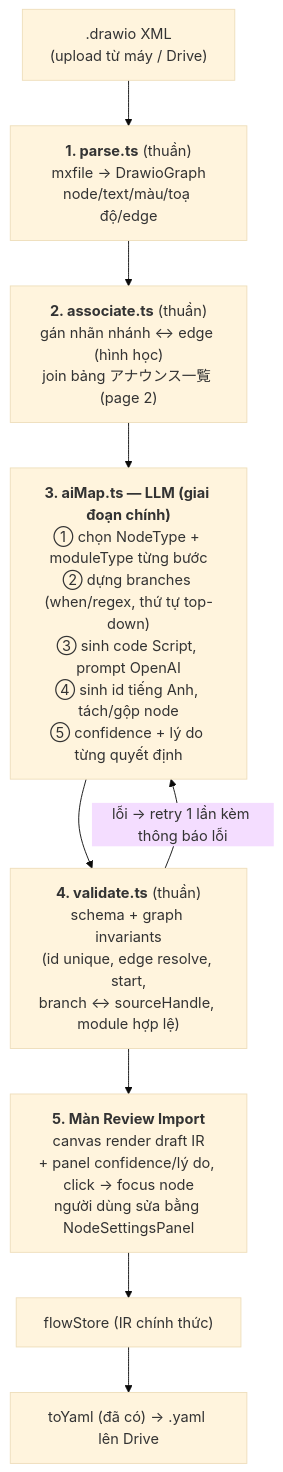
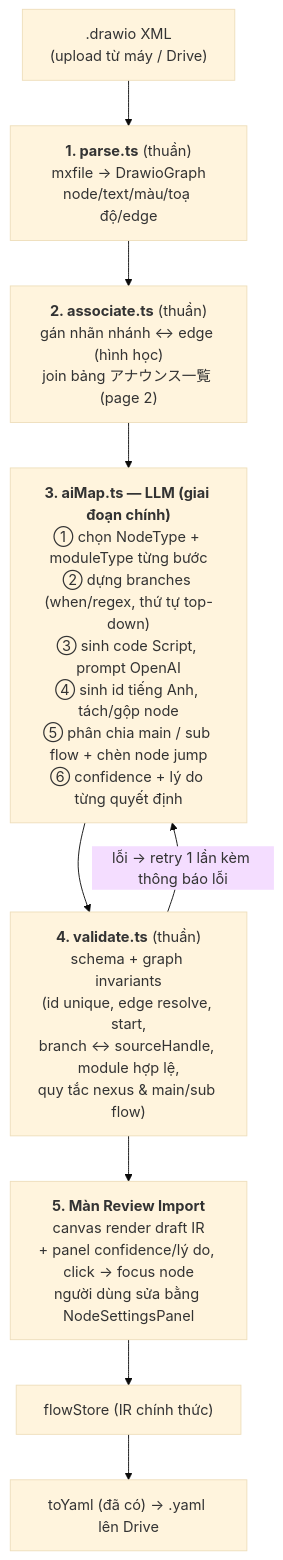
The diagram in docs/design-drawio-import.md (drjoy-toshi-tuan/scenario-flow-builder), drawn with Mermaid (base theme) before and after one commit. The commit also changed other lines of this file, not shown here.

First line of the commit message:
docs: quy tắc logic→nexus khi có branch + playbook phân chia main/sub flow

````diff
--- a/docs/design-drawio-import.md
+++ b/docs/design-drawio-import.md
@@ -72,11 +75,11 @@
 ```mermaid
 flowchart TD
     A[".drawio XML<br/>(upload từ máy / Drive)"] --> B["<b>1. parse.ts</b> (thuần)<br/>mxfile → DrawioGraph<br/>node/text/màu/toạ độ/edge"]
     B --> C["<b>2. associate.ts</b> (thuần)<br/>gán nhãn nhánh ↔ edge (hình học)<br/>join bảng アナウンス一覧 (page 2)"]
-    C --> D["<b>3. aiMap.ts — LLM (giai đoạn chính)</b><br/>① chọn NodeType + moduleType từng bước<br/>② dựng branches (when/regex, thứ tự top-down)<br/>③ sinh code Script, prompt OpenAI<br/>④ sinh id tiếng Anh, tách/gộp node<br/>⑤ confidence + lý do từng quyết định"]
-    D --> E["<b>4. validate.ts</b> (thuần)<br/>schema + graph invariants<br/>(id unique, edge resolve, start,<br/>branch ↔ sourceHandle, module hợp lệ)"]
+    C --> D["<b>3. aiMap.ts — LLM (giai đoạn chính)</b><br/>① chọn NodeType + moduleType từng bước<br/>② dựng branches (when/regex, thứ tự top-down)<br/>③ sinh code Script, prompt OpenAI<br/>④ sinh id tiếng Anh, tách/gộp node<br/>⑤ phân chia main / sub flow + chèn node jump<br/>⑥ confidence + lý do từng quyết định"]
+    D --> E["<b>4. validate.ts</b> (thuần)<br/>schema + graph invariants<br/>(id unique, edge resolve, start,<br/>branch ↔ sourceHandle, module hợp lệ,<br/>quy tắc nexus & main/sub flow)"]
     E -- "lỗi → retry 1 lần kèm thông báo lỗi" --> D
     E --> F["<b>5. Màn Review Import</b><br/>canvas render draft IR<br/>+ panel confidence/lý do, click → focus node<br/>người dùng sửa bằng NodeSettingsPanel"]
     F --> G["flowStore (IR chính thức)"]
     G --> H["toYaml (đã có) → .yaml lên Drive"]
 ```
````
